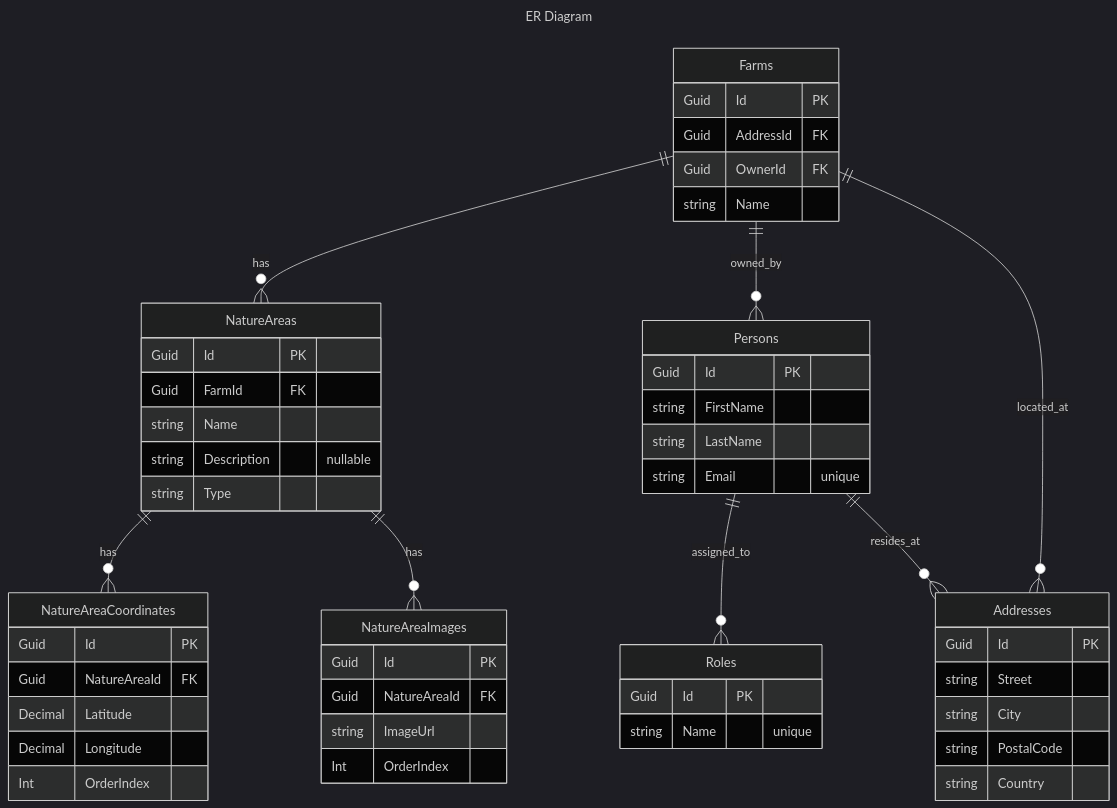
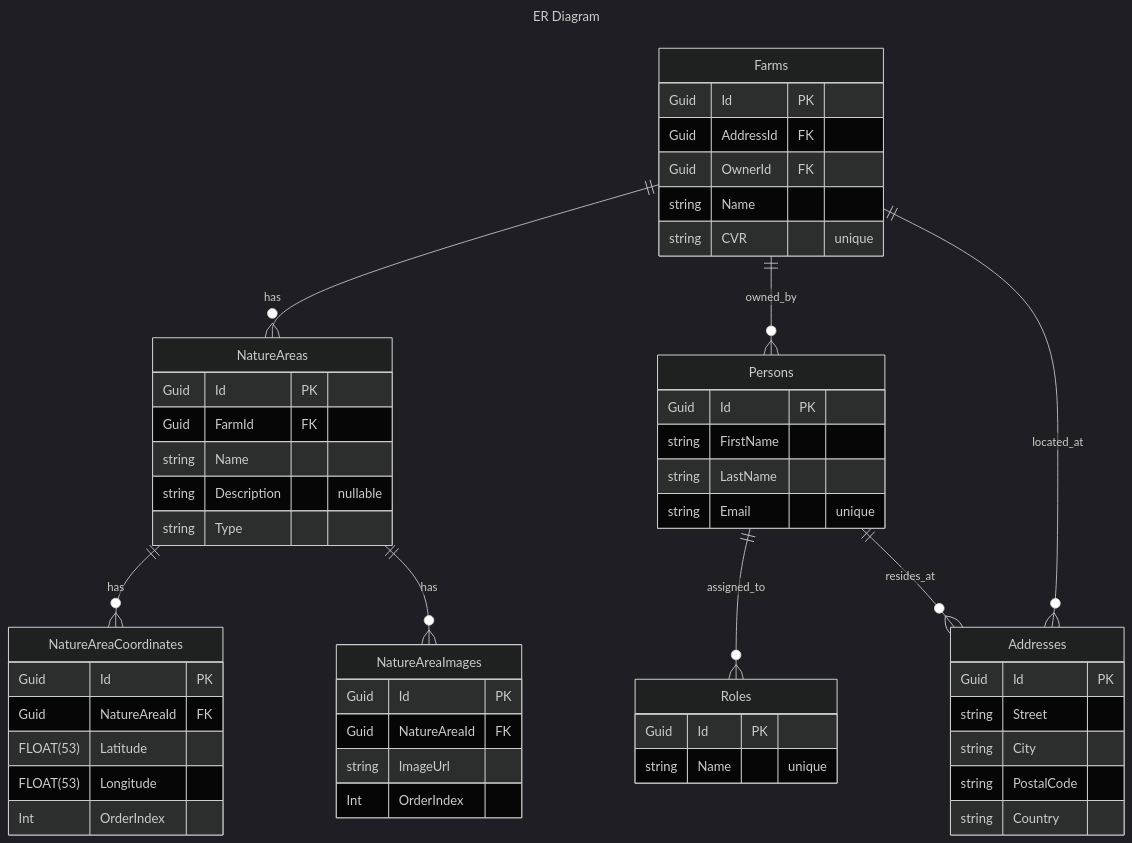
The diagram in docs/ER.md (DMOoF25-TEAM11/ArlaNatureConnect), drawn with Mermaid (dark theme) before and after one commit. The commit also changed 25 other files, not shown here.

````diff
--- a/docs/ER.md
+++ b/docs/ER.md
@@ -3,64 +3,65 @@
 ```mermaid
 ---
   title: "ER Diagram"
 ---
 erDiagram
 
   Roles {
     Guid Id PK
     string Name "unique"
   }
 
   Addresses {
     Guid Id PK
     string Street
     string City
     string PostalCode
     string Country
   }
 
   Persons {
     Guid Id PK
     string FirstName
     string LastName
     string Email "unique"
   }
 
   Farms {
     Guid Id PK
     Guid AddressId FK
     Guid OwnerId FK
     string Name
+    string CVR "unique"
   }
 
   NatureAreas {
     Guid Id PK
     Guid FarmId FK
     string Name
     string Description "nullable"
     string Type
   }
 
   NatureAreaCoordinates {
     Guid Id PK
     Guid NatureAreaId FK
-    Decimal Latitude
-    Decimal Longitude
+    FLOAT(53) Latitude
+    FLOAT(53) Longitude
     Int OrderIndex
   }
 
   NatureAreaImages {
     Guid Id PK
     Guid NatureAreaId FK
     string ImageUrl
     Int OrderIndex
   }
   
   Farms ||--o{ NatureAreas : has
   Farms ||--o{ Persons : owned_by
   Farms ||--o{ Addresses : located_at
   Persons ||--o{ Roles : assigned_to
   Persons ||--o{ Addresses : resides_at
   NatureAreas ||--o{ NatureAreaCoordinates : has
   NatureAreas ||--o{ NatureAreaImages : has
 ```
````
